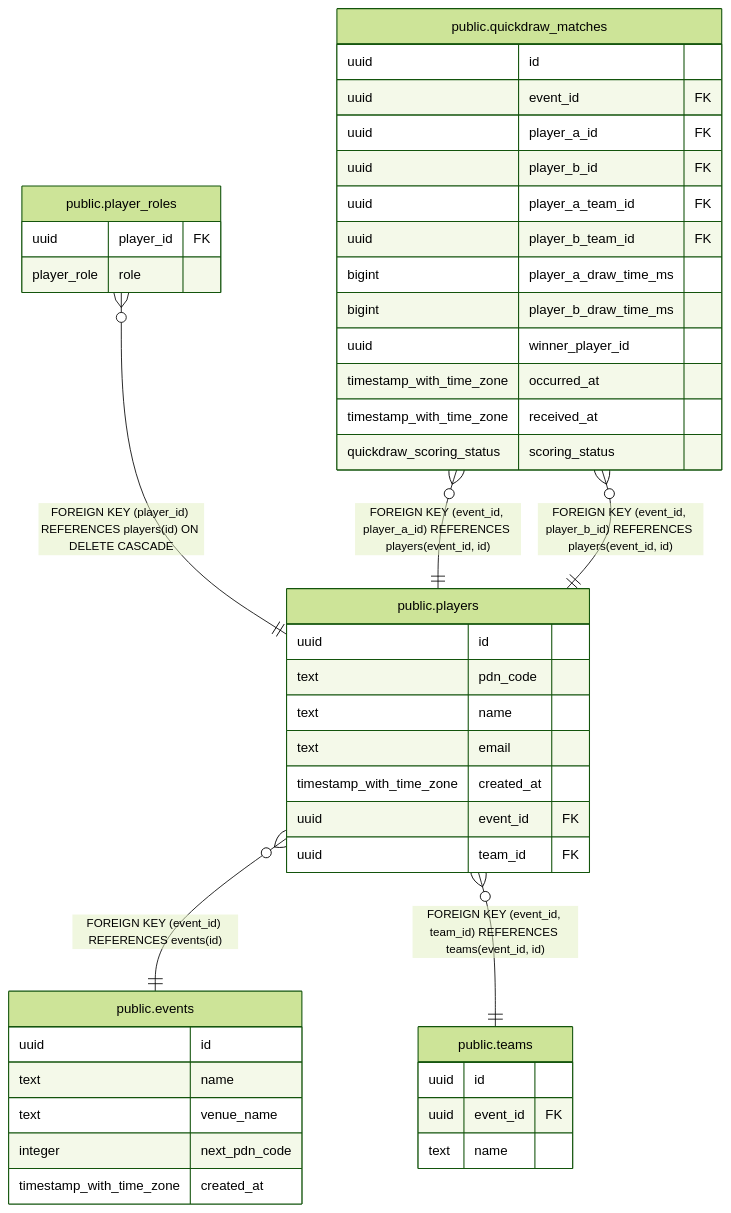
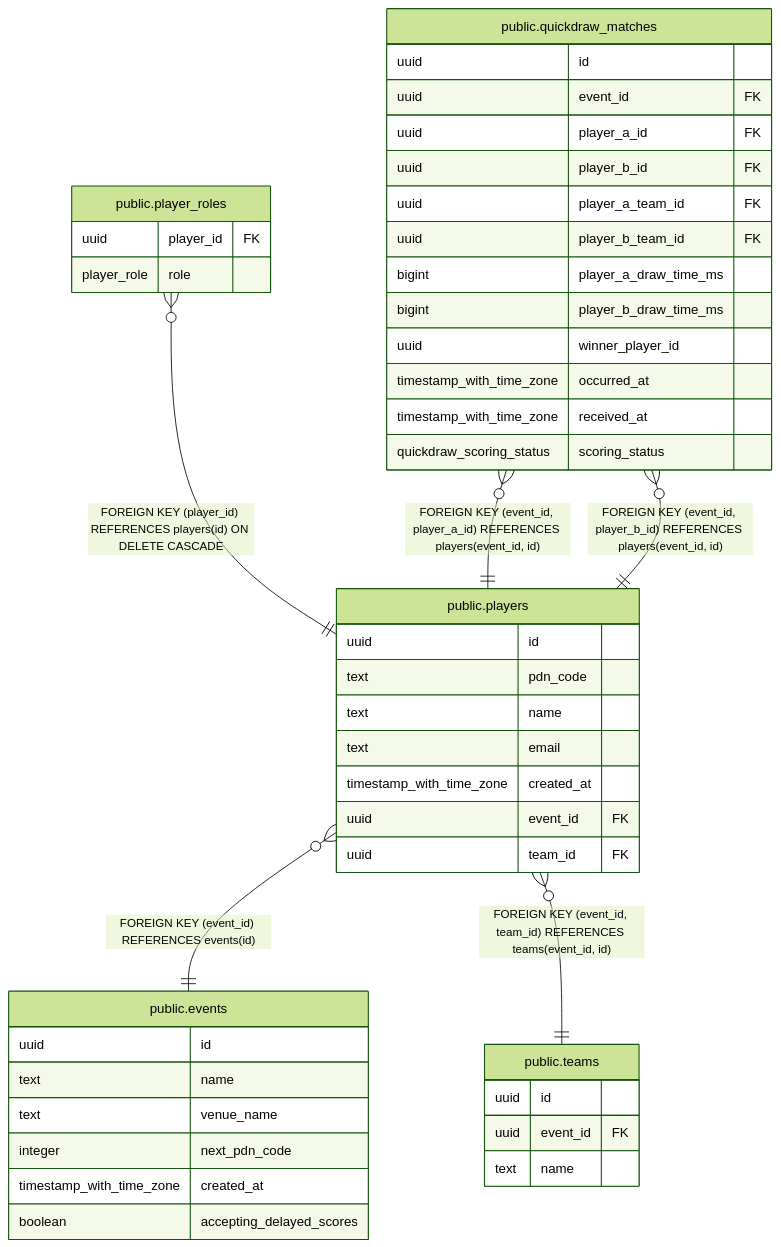
One commit to alleycatassetacquisitions/alleycat-rs changed the diagram in docs/database/schema/public.players.md. Above: the diagram before and after it, drawn with Mermaid (forest theme). The commit also changed 25 other files, not shown here.

````diff
--- a/docs/database/schema/public.players.md
+++ b/docs/database/schema/public.players.md
@@ -44,49 +44,50 @@
 ```mermaid
 erDiagram
 
 "public.player_roles" }o--|| "public.players" : "FOREIGN KEY (player_id) REFERENCES players(id) ON DELETE CASCADE"
 "public.quickdraw_matches" }o--|| "public.players" : "FOREIGN KEY (event_id, player_a_id) REFERENCES players(event_id, id)"
 "public.quickdraw_matches" }o--|| "public.players" : "FOREIGN KEY (event_id, player_b_id) REFERENCES players(event_id, id)"
 "public.players" }o--|| "public.events" : "FOREIGN KEY (event_id) REFERENCES events(id)"
 "public.players" }o--|| "public.teams" : "FOREIGN KEY (event_id, team_id) REFERENCES teams(event_id, id)"
 
 "public.players" {
   uuid id
   text pdn_code
   text name
   text email
   timestamp_with_time_zone created_at
   uuid event_id FK
   uuid team_id FK
 }
 "public.player_roles" {
   uuid player_id FK
   player_role role
 }
 "public.quickdraw_matches" {
   uuid id
   uuid event_id FK
   uuid player_a_id FK
   uuid player_b_id FK
   uuid player_a_team_id FK
   uuid player_b_team_id FK
   bigint player_a_draw_time_ms
   bigint player_b_draw_time_ms
   uuid winner_player_id
   timestamp_with_time_zone occurred_at
   timestamp_with_time_zone received_at
   quickdraw_scoring_status scoring_status
 }
 "public.events" {
   uuid id
   text name
   text venue_name
   integer next_pdn_code
   timestamp_with_time_zone created_at
+  boolean accepting_delayed_scores
 }
 "public.teams" {
   uuid id
   uuid event_id FK
   text name
 }
 ```
````
